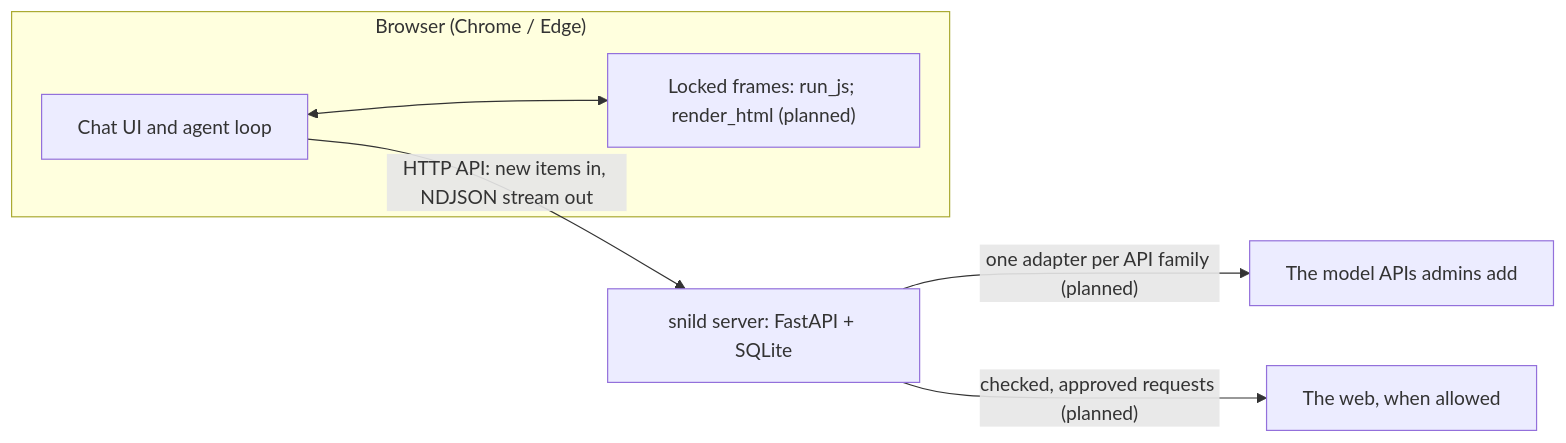
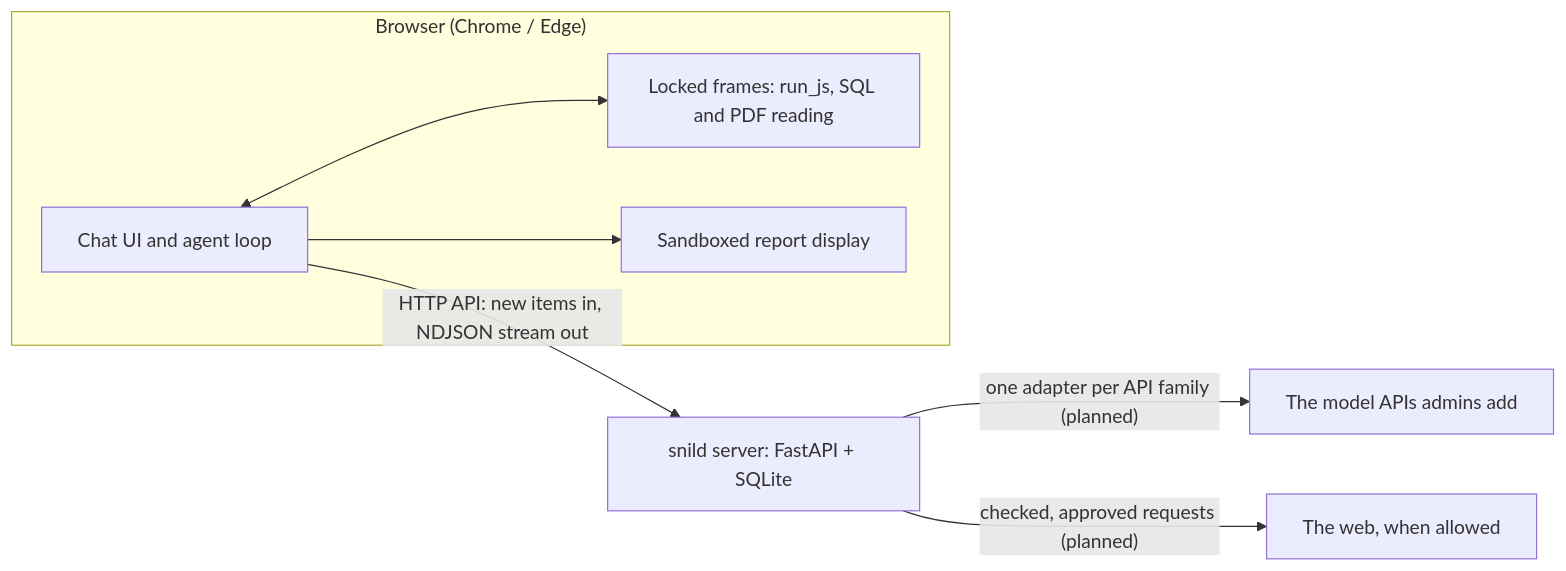
One commit to jakobmwang/snild changed the diagram in ARCHITECTURE.md. Above: the diagram before and after it, drawn with Mermaid. The commit also changed other lines of this file and 27 other files, not shown here.

````diff
--- a/ARCHITECTURE.md
+++ b/ARCHITECTURE.md
@@ -7,9 +7,10 @@
 ```mermaid
 flowchart LR
   subgraph Browser["Browser (Chrome / Edge)"]
-    UI["Chat UI and agent loop"] <--> Frames["Locked frames: run_js; render_html (planned)"]
+    UI["Chat UI and agent loop"] <--> Frames["Locked frames: run_js, SQL and PDF reading"]
+    UI --> Report["Sandboxed report display"]
   end
   UI -->|"HTTP API: new items in, NDJSON stream out"| Server["snild server: FastAPI + SQLite"]
   Server -->|"one adapter per API family (planned)"| LLM["The model APIs admins add"]
   Server -->|"checked, approved requests (planned)"| Web["The web, when allowed"]
 ```
````
